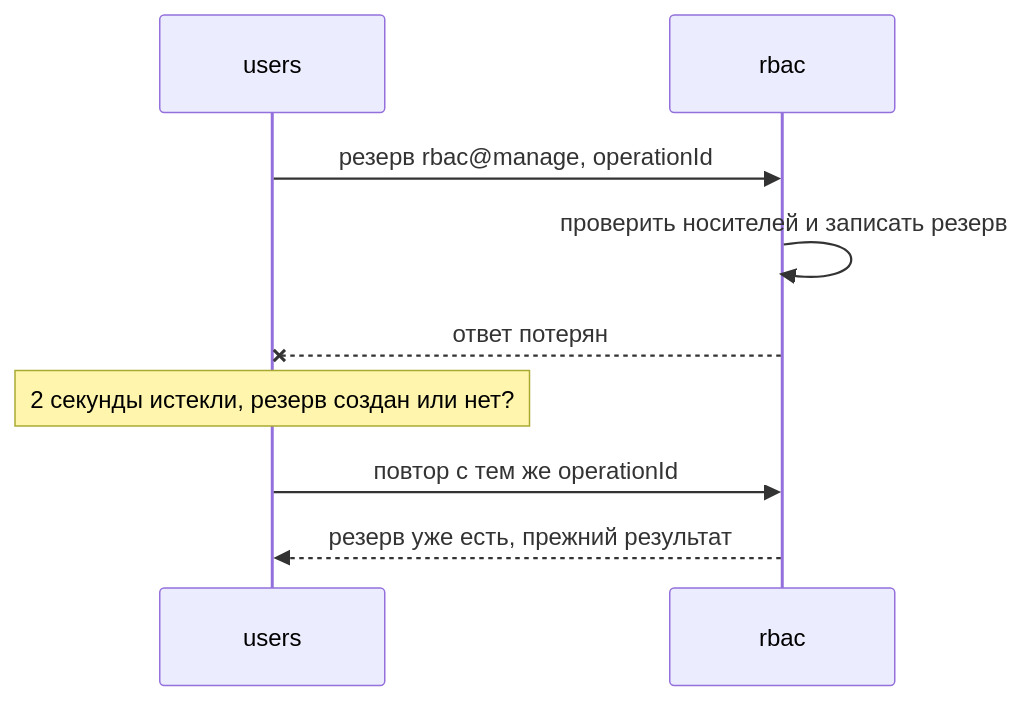
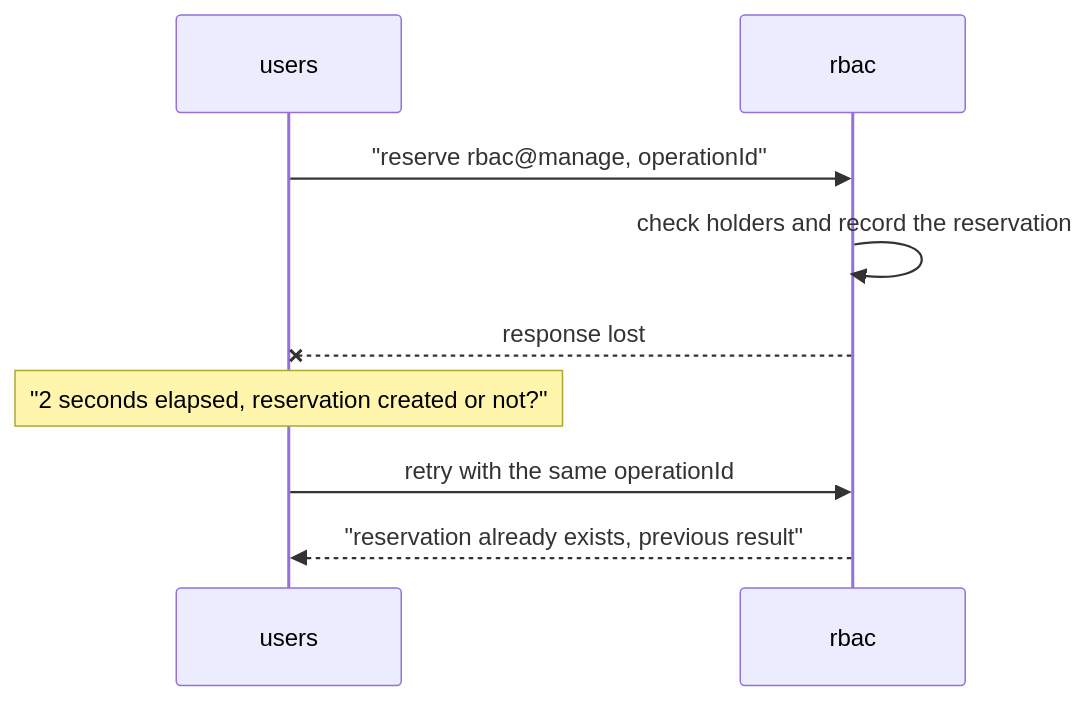
One commit to pavel-skripko-innowise/inno-fe-be-a1 changed the first of 4 diagrams in courses-content/backend/B/1/en/0.2 Синхронное взаимодействие.md. Above: the diagram before and after it, drawn with Mermaid. The commit also changed other lines of this file and 35 other files, not shown here.

````diff
--- a/courses-content/backend/B/1/en/0.2 Синхронное взаимодействие.md
+++ b/courses-content/backend/B/1/en/0.2 Синхронное взаимодействие.md
@@ -39,11 +39,11 @@
 ```mermaid
 sequenceDiagram
   participant U as users
   participant R as rbac
-  U->>R: резерв rbac@manage, operationId
-  R->>R: проверить носителей и записать резерв
-  R--xU: ответ потерян
-  Note over U: 2 секунды истекли, резерв создан или нет?
-  U->>R: повтор с тем же operationId
-  R-->>U: резерв уже есть, прежний результат
+  U->>R: "reserve rbac@manage, operationId"
+  R->>R: check holders and record the reservation
+  R--xU: response lost
+  Note over U: "2 seconds elapsed, reservation created or not?"
+  U->>R: retry with the same operationId
+  R-->>U: "reservation already exists, previous result"
 ```
````
